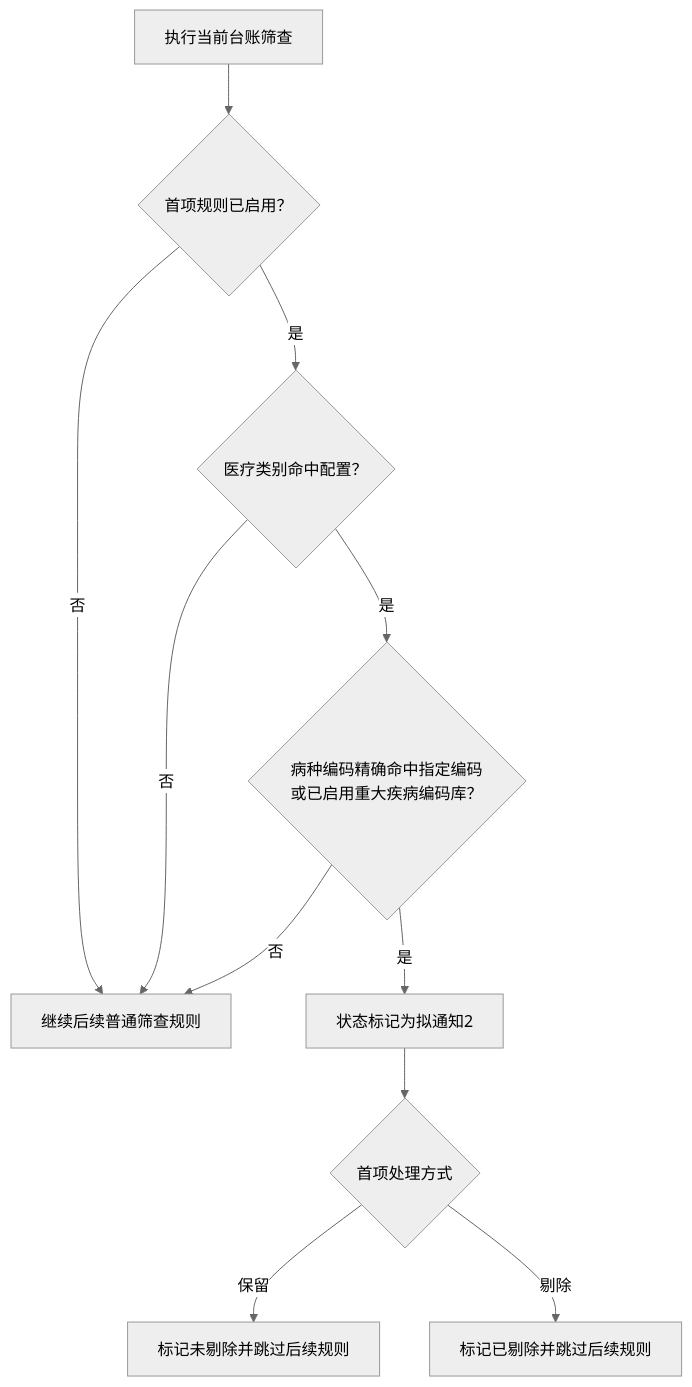
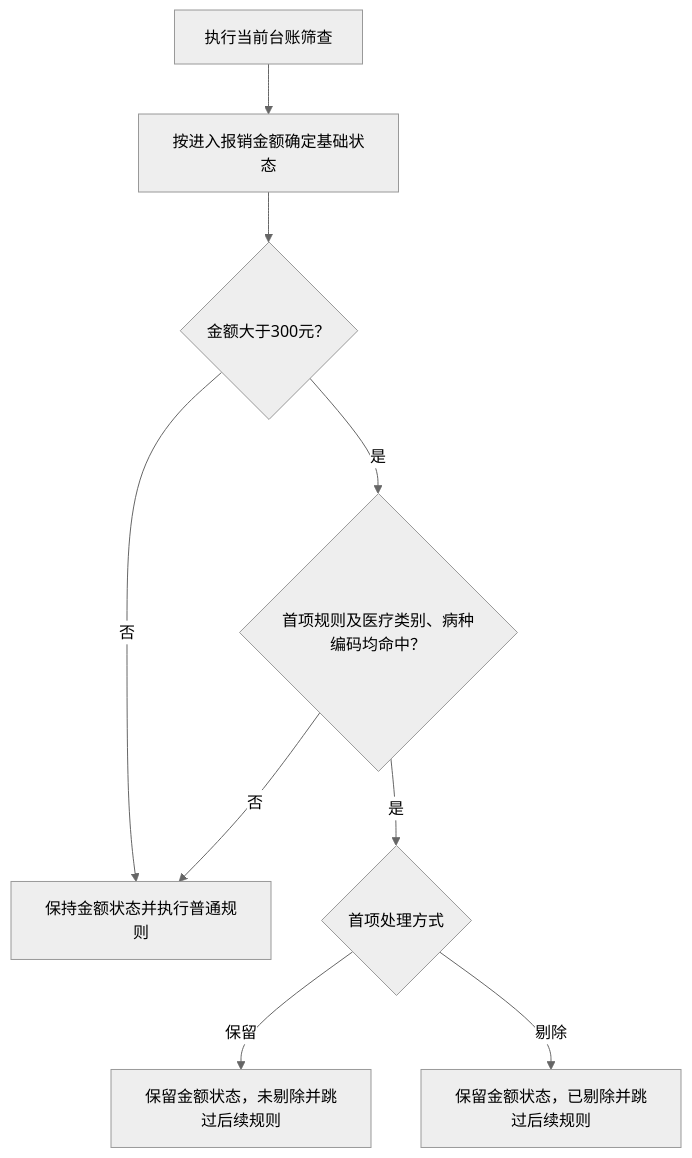
One commit to kongzhiao/tools-hyperf changed the diagram in TODO_未救助台账用户操作与核对参考文档.md. Above: the diagram before and after it, drawn with Mermaid (neutral theme). The commit also changed other lines of this file and 10 other files, not shown here.

````diff
--- a/TODO_未救助台账用户操作与核对参考文档.md
+++ b/TODO_未救助台账用户操作与核对参考文档.md
@@ -30,13 +30,11 @@
 ```mermaid
 flowchart TD
-    A["执行当前台账筛查"] --> B{"首项规则已启用？"}
-    B -- 否 --> H["继续后续普通筛查规则"]
-    B -- 是 --> C{"医疗类别命中配置？"}
-    C -- 否 --> H
-    C -- 是 --> D{"病种编码精确命中指定编码或已启用重大疾病编码库？"}
+    A["执行当前台账筛查"] --> B["按进入报销金额确定基础状态"]
+    B --> C{"金额大于300元？"}
+    C -- 否 --> H["保持金额状态并执行普通规则"]
+    C -- 是 --> D{"首项规则及医疗类别、病种编码均命中？"}
     D -- 否 --> H
-    D -- 是 --> E["状态标记为拟通知2"]
-    E --> F{"首项处理方式"}
-    F -- 保留 --> G["标记未剔除并跳过后续规则"]
-    F -- 剔除 --> I["标记已剔除并跳过后续规则"]
+    D -- 是 --> F{"首项处理方式"}
+    F -- 保留 --> G["保留金额状态，未剔除并跳过后续规则"]
+    F -- 剔除 --> I["保留金额状态，已剔除并跳过后续规则"]
 ```
````
